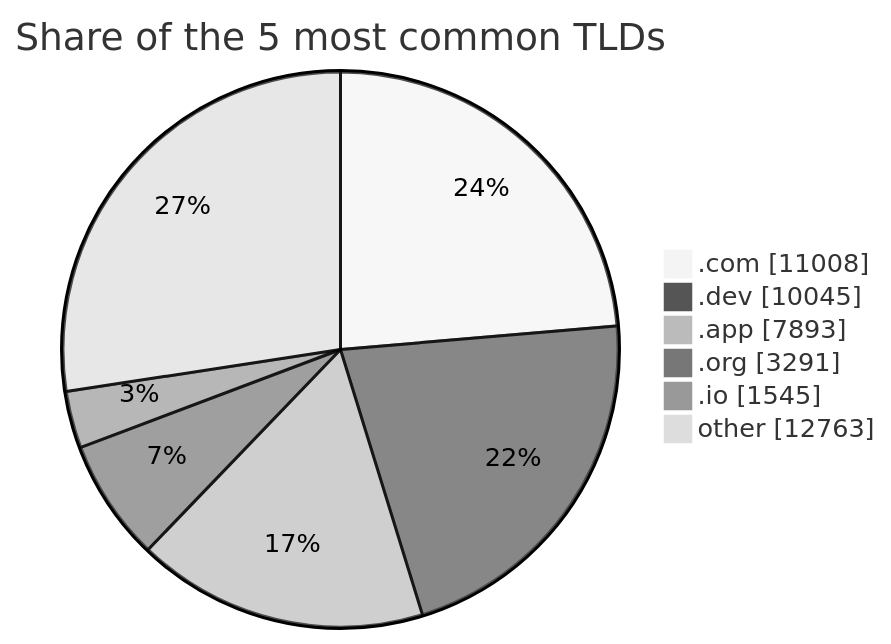
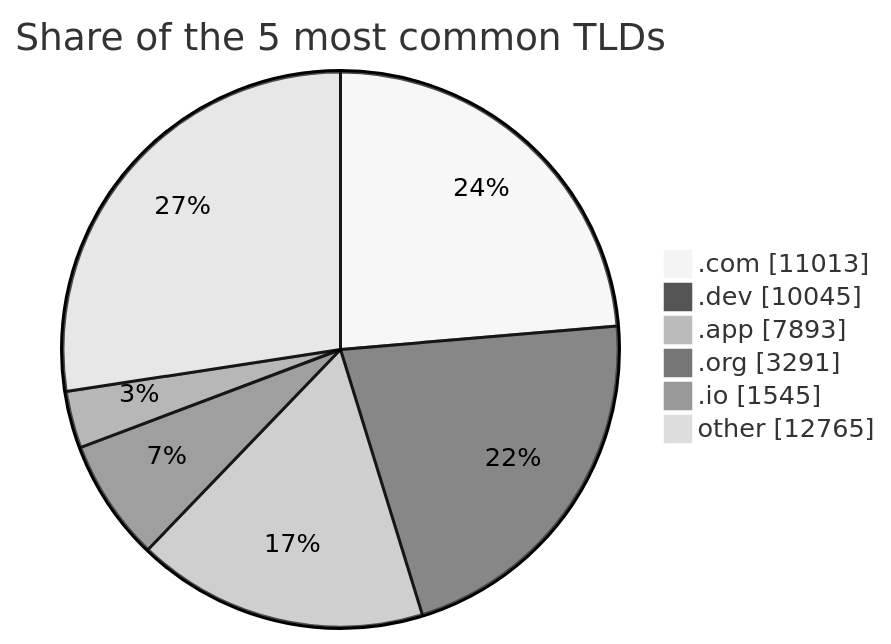
Before and after one commit to DNSBunker/CTI: the third of 3 diagrams in README.md, drawn with Mermaid (neutral theme). The commit also changed other lines of this file and 3 other files, not shown here.

````diff
--- a/README.md
+++ b/README.md
@@ -81,9 +81,9 @@
 ```mermaid
 pie showData title Share of the 5 most common TLDs
-    ".com" : 11008
+    ".com" : 11013
     ".dev" : 10045
     ".app" : 7893
     ".org" : 3291
     ".io" : 1545
-    "other" : 12763
+    "other" : 12765
 ```
````
